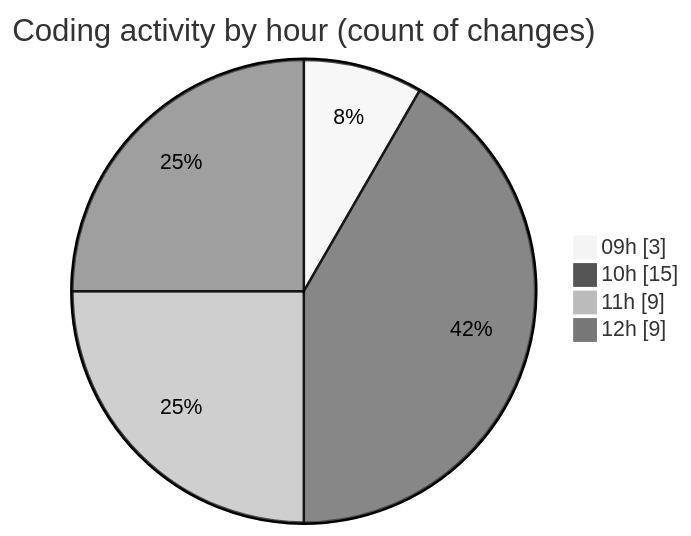
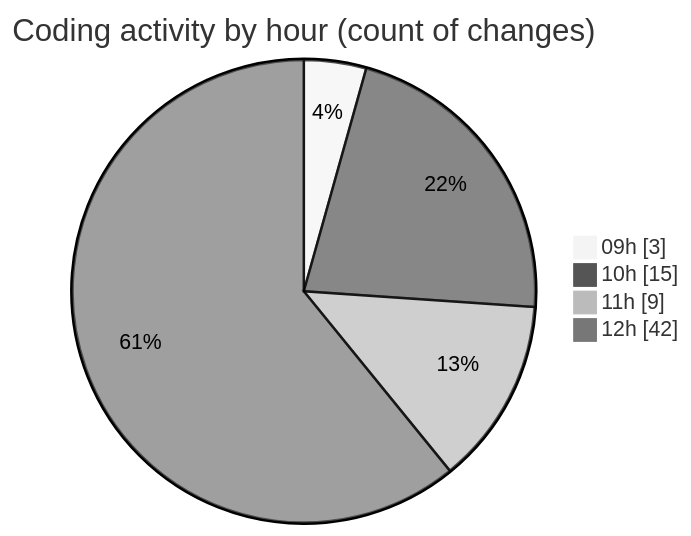
One commit to momahboobian/code-tracking changed the second of 2 diagrams in 2026-11-03/cda/README.md. Above: the diagram before and after it, drawn with Mermaid (neutral theme). The commit also changed other lines of this file and 1 other file, not shown here.

````diff
--- a/2026-11-03/cda/README.md
+++ b/2026-11-03/cda/README.md
@@ -44,8 +50,8 @@
 ```mermaid
 pie showData
 title Coding activity by hour (count of changes)
 "09h" : 3
 "10h" : 15
 "11h" : 9
-"12h" : 9
+"12h" : 42
 ```
````
